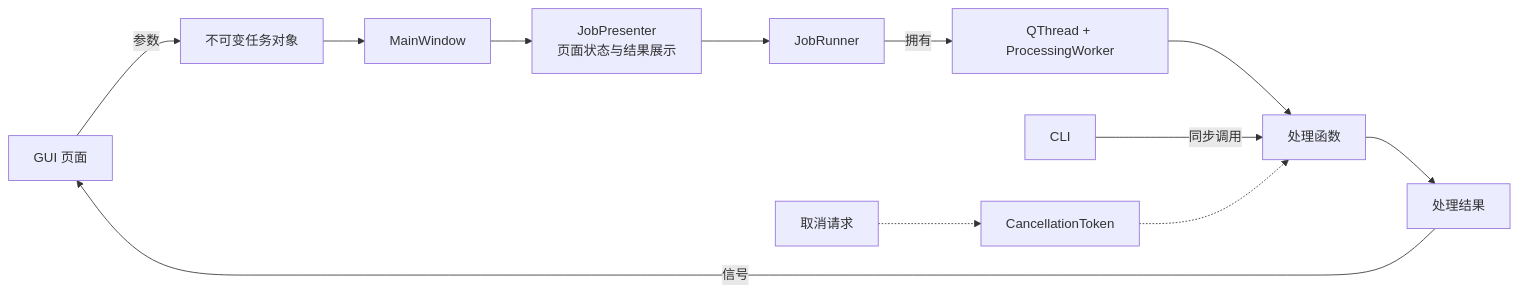
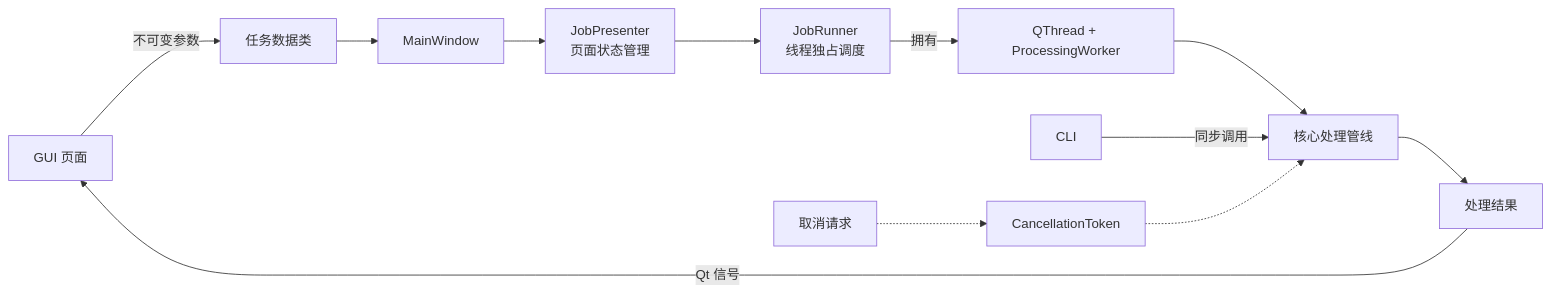
The second of 3 diagrams in docs/architecture.md (ChouChiu/Purivox), drawn with Mermaid before and after one commit. The commit also changed other lines of this file and 15 other files, not shown here.

````diff
--- a/docs/architecture.md
+++ b/docs/architecture.md
@@ -85,14 +54,14 @@
 ```mermaid
 flowchart LR
-    page["GUI 页面"] -->|参数| job["不可变任务对象"]
+    page["GUI 页面"] -->|不可变参数| job["任务数据类"]
     job --> window["MainWindow"]
-    window --> presenter["JobPresenter<br/>页面状态与结果展示"]
-    presenter --> runner["JobRunner"]
+    window --> presenter["JobPresenter<br/>页面状态管理"]
+    presenter --> runner["JobRunner<br/>线程独占调度"]
     runner -->|拥有| worker["QThread + ProcessingWorker"]
-    worker --> pipeline["处理函数"]
+    worker --> pipeline["核心处理管线"]
     cli["CLI"] -->|同步调用| pipeline
     pipeline --> result["处理结果"]
-    result -->|信号| page
+    result -->|Qt 信号| page
     cancel["取消请求"] -.-> token["CancellationToken"]
     token -.-> pipeline
 ```
````
